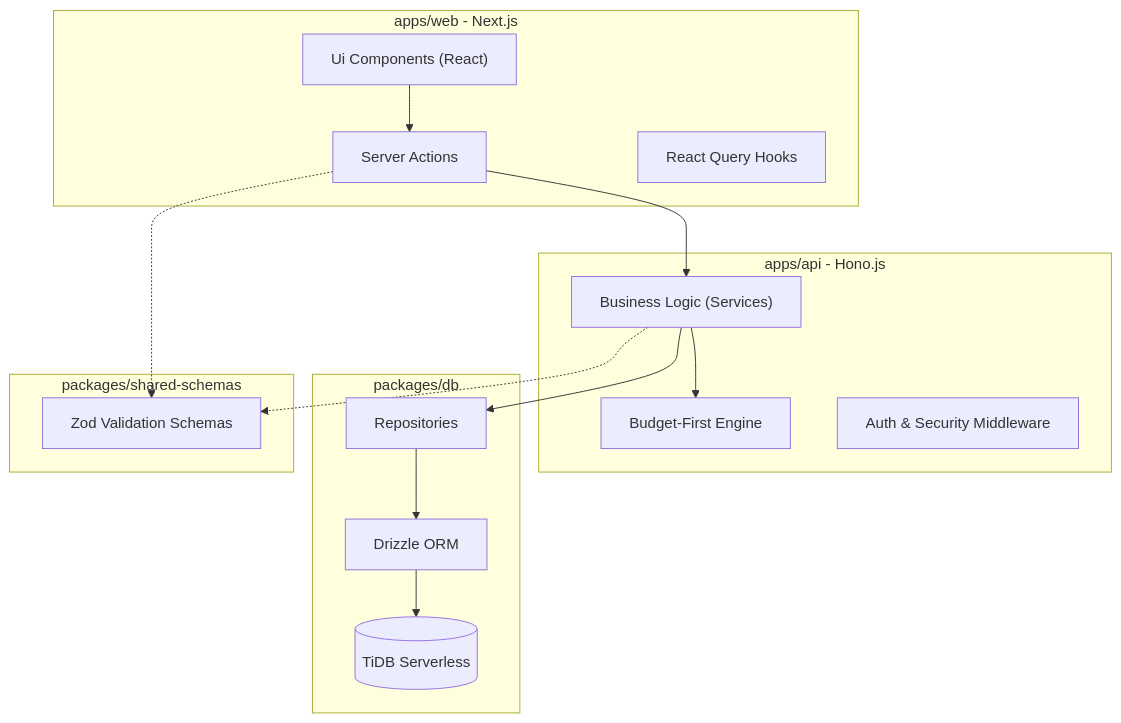
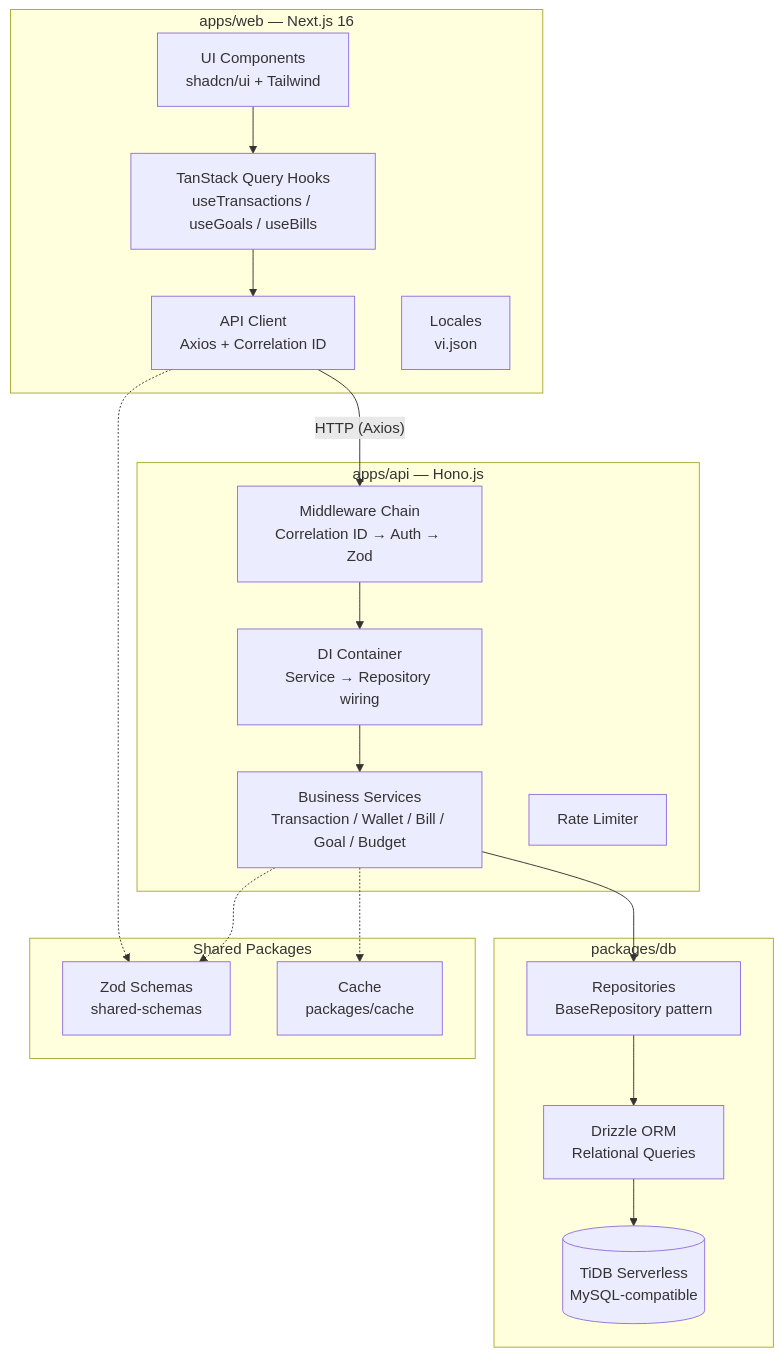
The diagram in doc/wiki/ARCHITECTURE.md (tducn110/Tracker_yourMoney), drawn with Mermaid before and after one commit. The commit also changed other lines of this file and 22 other files, not shown here.

````diff
--- a/doc/wiki/ARCHITECTURE.md
+++ b/doc/wiki/ARCHITECTURE.md
@@ -12,33 +26,39 @@
 ```mermaid
 graph TD
-    subgraph Frontend [apps/web - Next.js]
-        UI["Ui Components (React)"]
-        Actions["Server Actions"]
-        Hooks["React Query Hooks"]
+    subgraph Frontend["apps/web — Next.js 16"]
+        UI["UI Components<br/>shadcn/ui + Tailwind"]
+        Hooks["TanStack Query Hooks<br/>useTransactions / useGoals / useBills"]
+        Client["API Client<br/>Axios + Correlation ID"]
+        Locale["Locales<br/>vi.json"]
     end
 
-    subgraph Backend [apps/api - Hono.js]
-        Services["Business Logic (Services)"]
-        BudgetEngine["Budget-First Engine"]
-        Middleware["Auth & Security Middleware"]
+    subgraph Backend["apps/api — Hono.js"]
+        MW["Middleware Chain<br/>Correlation ID → Auth → Zod"]
+        Container["DI Container<br/>Service → Repository wiring"]
+        Services["Business Services<br/>Transaction / Wallet / Bill / Goal / Budget"]
+        RateLimit["Rate Limiter"]
     end
 
-    subgraph DataLayer [packages/db]
-        Repos["Repositories"]
-        Drizzle["Drizzle ORM"]
-        TiDB[("TiDB Serverless")]
+    subgraph Data["packages/db"]
+        Repos["Repositories<br/>BaseRepository pattern"]
+        Drizzle["Drizzle ORM<br/>Relational Queries"]
+        TiDB[("TiDB Serverless<br/>MySQL-compatible")]
     end
 
-    subgraph Shared [packages/shared-schemas]
-        Zod["Zod Validation Schemas"]
+    subgraph Shared["Shared Packages"]
+        Schemas["Zod Schemas<br/>shared-schemas"]
+        Cache["Cache<br/>packages/cache"]
     end
 
-    UI --> Actions
-    Actions --> Services
-    Services --> BudgetEngine
+    UI --> Hooks
+    Hooks --> Client
+    Client -->|"HTTP (Axios)"| MW
+    MW --> Container
+    Container --> Services
     Services --> Repos
     Repos --> Drizzle
     Drizzle --> TiDB
-    Actions -.-> Zod
-    Services -.-> Zod
+    Client -.-> Schemas
+    Services -.-> Schemas
+    Services -.-> Cache
 ```
````
